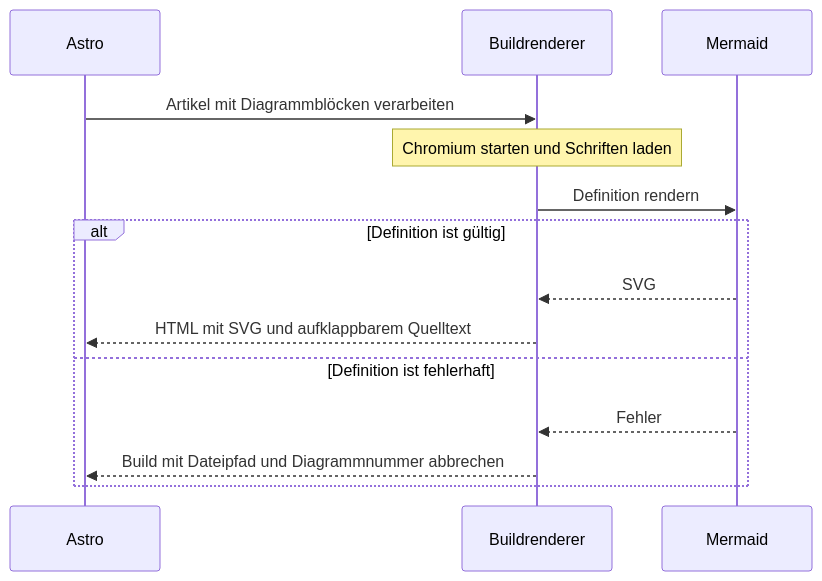
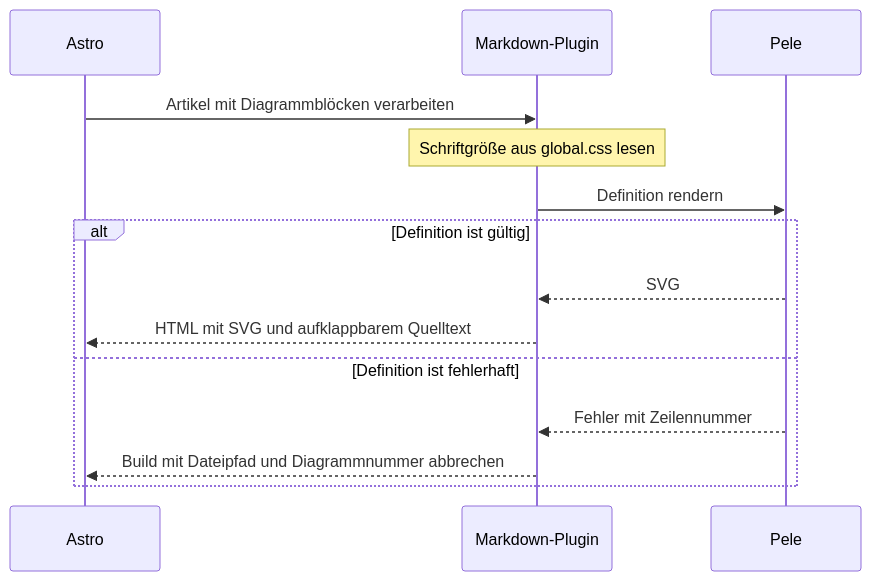
Before and after one commit to stefan-karger/astro-portfolio: the second of 5 diagrams in src/content/blog/astro-fuer-entwicklerblogs-mermaid-diagramme.md, drawn with Mermaid. The commit also changed other lines of this file and 10 other files, not shown here.

First line of the commit message:
Render Mermaid diagrams with Pele instead of Mermaid.js (#7)

````diff
--- a/src/content/blog/astro-fuer-entwicklerblogs-mermaid-diagramme.md
+++ b/src/content/blog/astro-fuer-entwicklerblogs-mermaid-diagramme.md
@@ -389,18 +313,18 @@
 ```mermaid title="Diagramme beim Build erzeugen"
 sequenceDiagram
   accTitle: Ein Mermaid-Diagramm beim Build rendern
-  accDescr: Astro verarbeitet den Artikel. Der Renderer startet Chromium mit lokalen Schriften und Mermaid. Bei Erfolg ergänzt er das SVG im HTML. Bei einem Fehler stoppt der Build.
+  accDescr: Astro verarbeitet den Artikel. Das Plugin liest die Schriftgröße und lässt Pele jede Definition rendern. Bei Erfolg ergänzt es das SVG im HTML. Bei einem Fehler stoppt der Build.
   participant A as Astro
-  participant R as Buildrenderer
-  participant M as Mermaid
+  participant R as Markdown-Plugin
+  participant P as Pele
   A->>R: Artikel mit Diagrammblöcken verarbeiten
-  Note over R: Chromium starten und Schriften laden
-  R->>M: Definition rendern
+  Note over R: Schriftgröße aus global.css lesen
+  R->>P: Definition rendern
   alt Definition ist gültig
-    M-->>R: SVG
+    P-->>R: SVG
     R-->>A: HTML mit SVG und aufklappbarem Quelltext
   else Definition ist fehlerhaft
-    M-->>R: Fehler
+    P-->>R: Fehler mit Zeilennummer
     R-->>A: Build mit Dateipfad und Diagrammnummer abbrechen
   end
 ```
````
